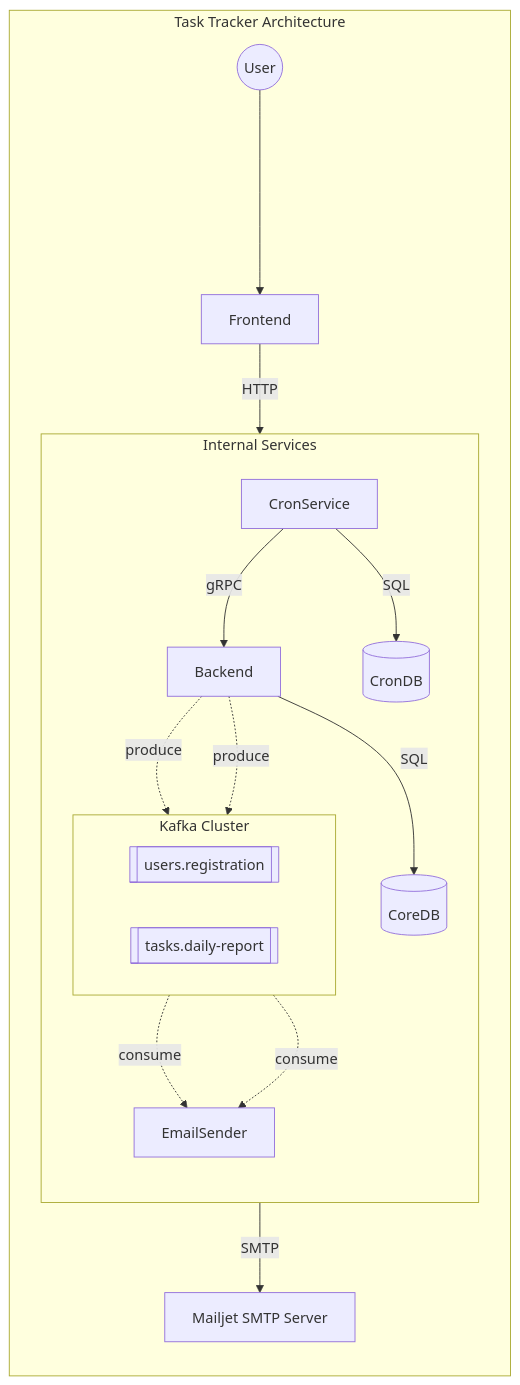
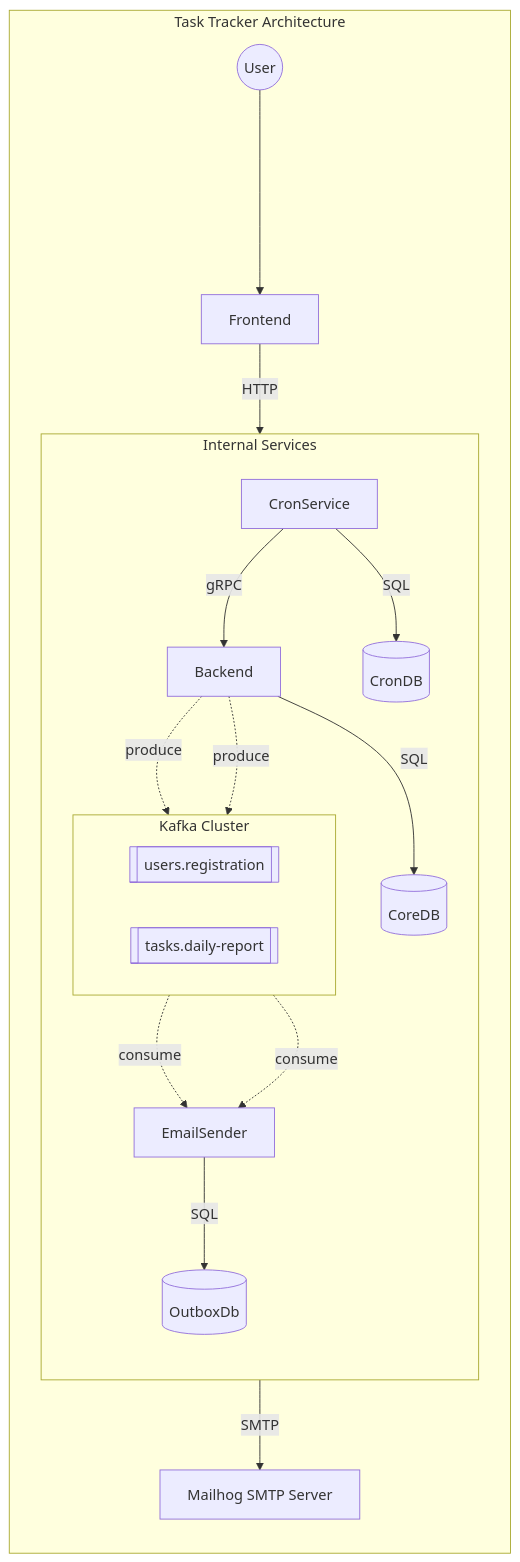
Before and after one commit to urantech/task-tracker: the diagram in architecture/diagram.md, drawn with Mermaid. The commit also changed 1 other file, not shown here.

Commit message:
completed diagram

````diff
--- a/architecture/diagram.md
+++ b/architecture/diagram.md
@@ -1,32 +1,34 @@
 ```mermaid
 graph TD
 %% Основная архитектура
     subgraph System ["Task Tracker Architecture"]
         direction TB
         User((User)) ----> Frontend
         Frontend -- "HTTP" --> Backend
 
         subgraph Services ["Internal Services"]
             direction TB
             Backend -- "SQL" --> DB[(CoreDB)]
             
             %% Вложенный подграф для Kafka
             subgraph KafkaCluster ["Kafka Cluster"]
                 direction LR
                 Queue1[[users.registration]]
                 Queue2[[tasks.daily-report]]
             end
 
             Backend -. "produce" .-> Queue1
             Backend -. "produce" .-> Queue2
 
             CronService -- "gRPC" --> Backend
             CronService -- "SQL" --> CronDb[(CronDB)]
 
             Queue1 -. "consume" .-> EmailSender
             Queue2 -. "consume" .-> EmailSender
+
+            EmailSender --"SQL"--> OutboxDb[(OutboxDb)]
         end
 
-        EmailSender -- "SMTP" --> ExternalSMTP[Mailjet SMTP Server]
+        EmailSender -- "SMTP" --> ExternalSMTP[Mailhog SMTP Server]
     end
 ```
````
